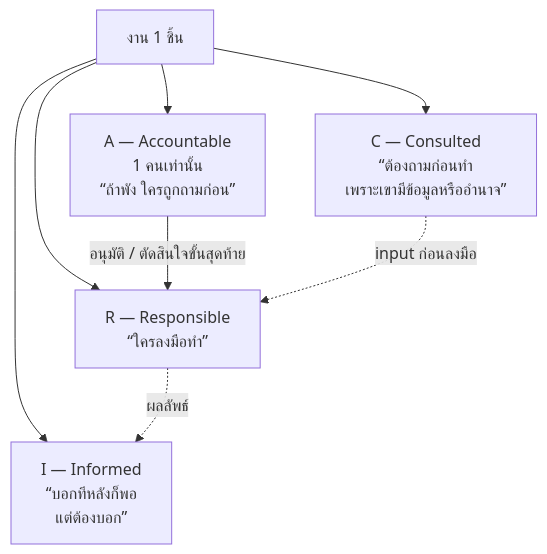
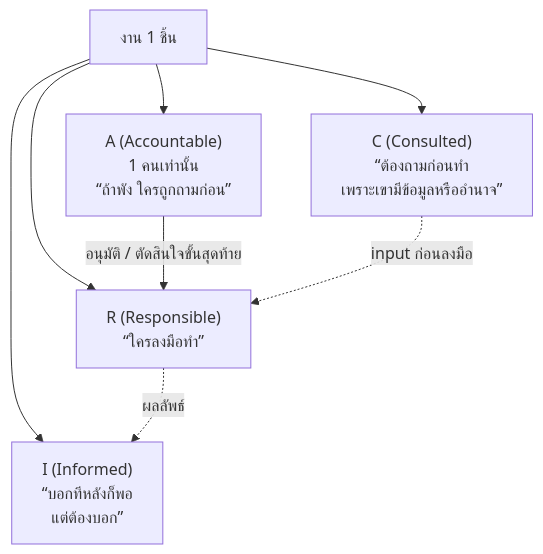
One commit to CE-SDPX/SDPX-AI changed the third of 15 diagrams in readings/01-it-project-management-ai.md. Above: the diagram before and after it, drawn with Mermaid. The commit also changed other lines of this file and 6 other files, not shown here.

````diff
--- a/readings/01-it-project-management-ai.md
+++ b/readings/01-it-project-management-ai.md
@@ -151,12 +151,12 @@
 ```mermaid
 flowchart TD
     T["งาน 1 ชิ้น"]
-    T --> A["A — Accountable<br/>1 คนเท่านั้น<br/>“ถ้าพัง ใครถูกถามก่อน”"]
-    T --> R["R — Responsible<br/>“ใครลงมือทำ”"]
-    T --> C["C — Consulted<br/>“ต้องถามก่อนทำ<br/>เพราะเขามีข้อมูลหรืออำนาจ”"]
-    T --> I["I — Informed<br/>“บอกทีหลังก็พอ<br/>แต่ต้องบอก”"]
+    T --> A["A (Accountable)<br/>1 คนเท่านั้น<br/>“ถ้าพัง ใครถูกถามก่อน”"]
+    T --> R["R (Responsible)<br/>“ใครลงมือทำ”"]
+    T --> C["C (Consulted)<br/>“ต้องถามก่อนทำ<br/>เพราะเขามีข้อมูลหรืออำนาจ”"]
+    T --> I["I (Informed)<br/>“บอกทีหลังก็พอ<br/>แต่ต้องบอก”"]
 
     A -->|"อนุมัติ / ตัดสินใจขั้นสุดท้าย"| R
     C -.->|"input ก่อนลงมือ"| R
     R -.->|"ผลลัพธ์"| I
 ```
````
